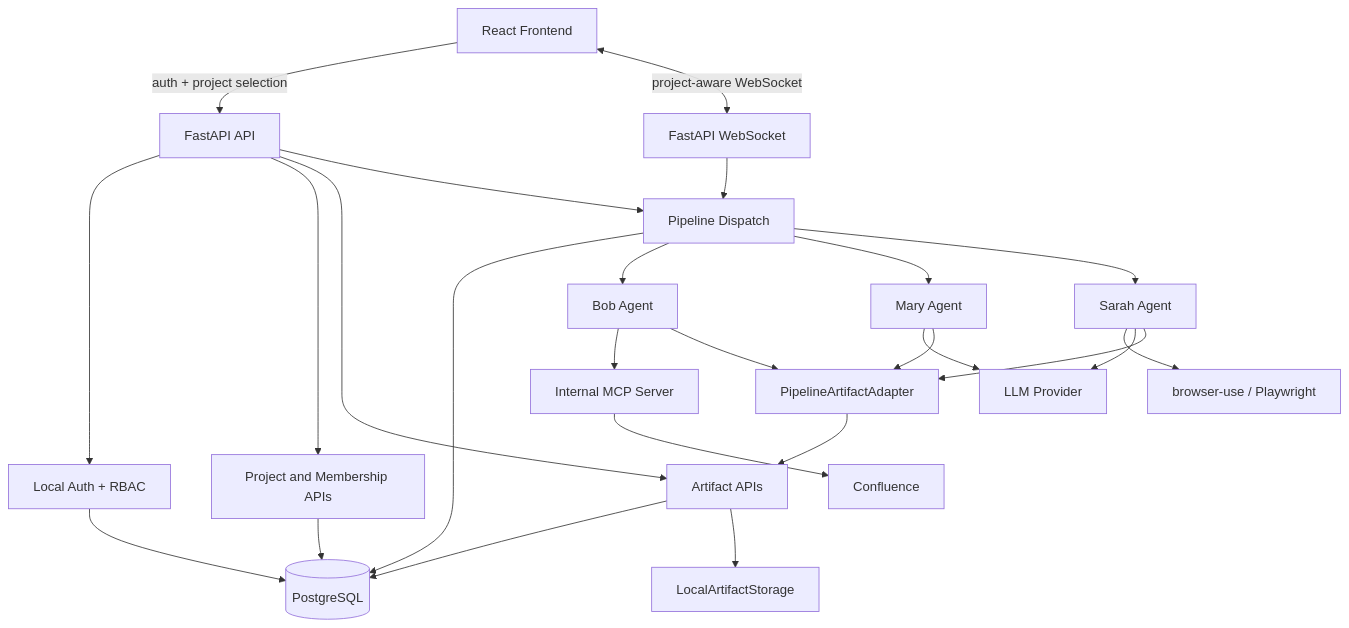
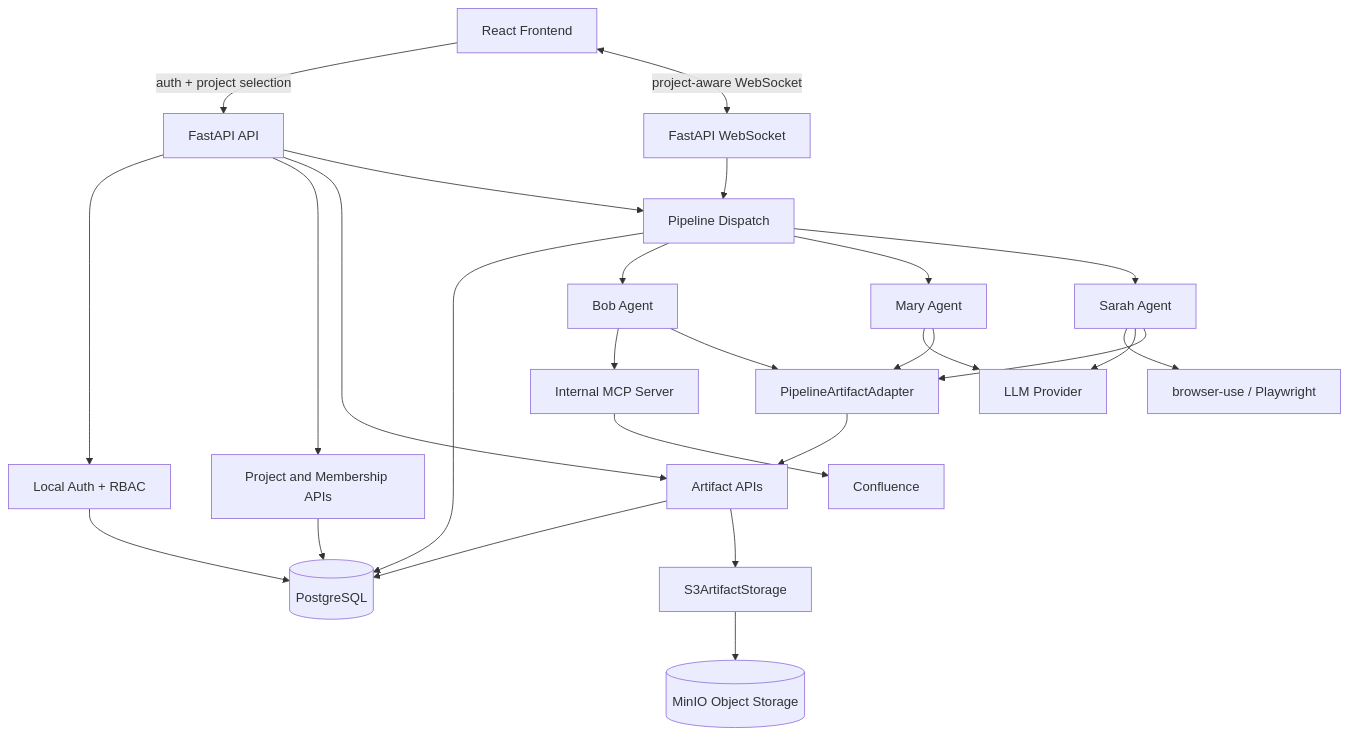
One commit to thuonglbl/AI-QA-Automation changed the diagram in README.md. Above: the diagram before and after it, drawn with Mermaid. The commit also changed other lines of this file and 93 other files, not shown here.

````diff
--- a/README.md
+++ b/README.md
@@ -33,32 +33,33 @@
 ```mermaid
 flowchart TD
     UI[React Frontend] -->|auth + project selection| API[FastAPI API]
     UI <-->|project-aware WebSocket| WS[FastAPI WebSocket]
 
     API --> AUTH[Local Auth + RBAC]
     API --> PROJECTS[Project and Membership APIs]
     API --> ARTIFACTS[Artifact APIs]
     API --> PIPELINE[Pipeline Dispatch]
     WS --> PIPELINE
 
     AUTH --> DB[(PostgreSQL)]
     PROJECTS --> DB
     ARTIFACTS --> DB
     PIPELINE --> DB
 
     PIPELINE --> BOB[Bob Agent]
     PIPELINE --> MARY[Mary Agent]
     PIPELINE --> SARAH[Sarah Agent]
 
     BOB --> MCP[Internal MCP Server]
     MCP --> CONFLUENCE[Confluence]
     MARY --> LLM[LLM Provider]
     SARAH --> BROWSER[browser-use / Playwright]
     SARAH --> LLM
 
-    ARTIFACTS --> STORAGE[LocalArtifactStorage]
+    ARTIFACTS --> STORAGE[S3ArtifactStorage]
+    STORAGE --> MINIO[(MinIO Object Storage)]
     BOB --> ADAPTER[PipelineArtifactAdapter]
     MARY --> ADAPTER
     SARAH --> ADAPTER
     ADAPTER --> ARTIFACTS
 ```
````
